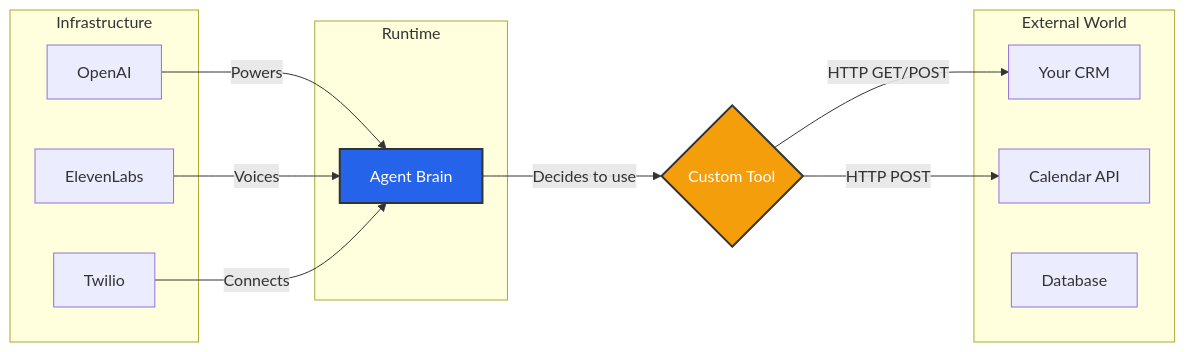
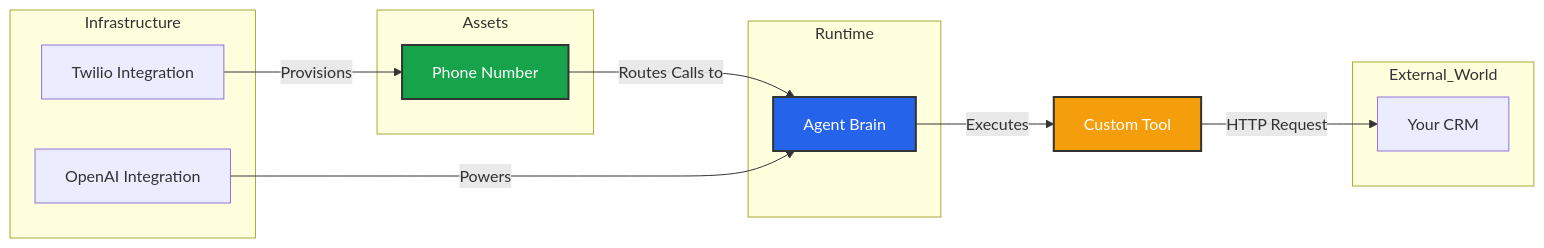
Before and after one commit to abdofallah/IqraAI-Docs: the diagram in content/docs/build/tools/index.mdx, drawn with Mermaid. The commit also changed other lines of this file and 12 other files, not shown here.

````diff
--- a/content/docs/build/tools/index.mdx
+++ b/content/docs/build/tools/index.mdx
@@ -21,29 +20,31 @@
 ```mermaid
 graph LR
     subgraph Infrastructure
-        LLM[OpenAI]
-        TTS[ElevenLabs]
-        Phone[Twilio]
+        Twilio[Twilio Integration]
+        OpenAI[OpenAI Integration]
+    end
+
+    subgraph Assets
+        Number[Phone Number]
     end
 
     subgraph Runtime
         Agent[Agent Brain]
     end
 
-    subgraph "External World"
+    subgraph External_World
         CRM[Your CRM]
-        Cal[Calendar API]
-        DB[Database]
     end
 
-    LLM -->|Powers| Agent
-    TTS -->|Voices| Agent
-    Phone -->|Connects| Agent
-
-    Agent -->|Decides to use| Tool{Custom Tool}
-    Tool -->|HTTP GET/POST| CRM
-    Tool -->|HTTP POST| Cal
+    %% Flow
+    Twilio -->|Provisions| Number
+    Number -->|Routes Calls to| Agent
+    OpenAI -->|Powers| Agent
+    
+    Agent -->|Executes| Tool[Custom Tool]
+    Tool -->|HTTP Request| CRM
     
     style Agent fill:#2563eb,stroke:#333,stroke-width:2px,color:#fff
+    style Number fill:#16a34a,stroke:#333,stroke-width:2px,color:#fff
     style Tool fill:#f59e0b,stroke:#333,stroke-width:2px,color:#fff
 ```
````
